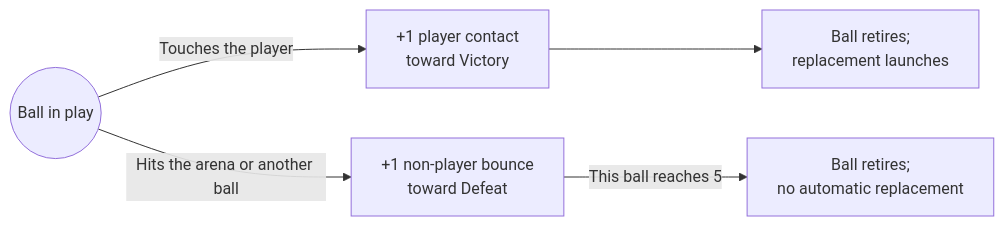
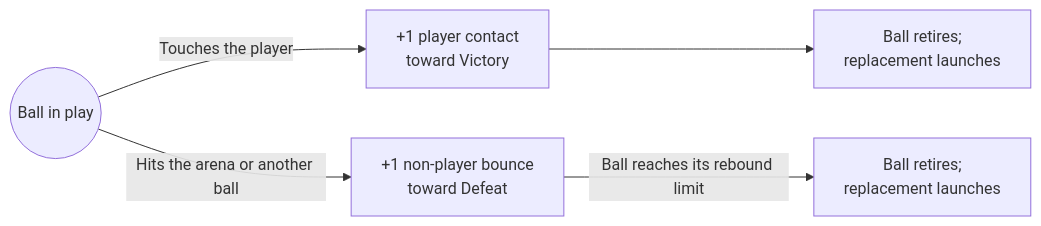
The first of 4 diagrams in README.md (chaotive/test_UE_584_G1_c), drawn with Mermaid before and after one commit. The commit also changed other lines of this file and 10 other files, not shown here.

````diff
--- a/README.md
+++ b/README.md
@@ -35,7 +35,7 @@
 ```mermaid
 flowchart LR
     Ball(("Ball in play")) -->|"Touches the player"| Contact["+1 player contact<br/>toward Victory"]
     Contact --> Replace["Ball retires;<br/>replacement launches"]
     Ball -->|"Hits the arena or another ball"| Bounce["+1 non-player bounce<br/>toward Defeat"]
-    Bounce -->|"This ball reaches 5"| Retire["Ball retires;<br/>no automatic replacement"]
+    Bounce -->|"Ball reaches its rebound limit"| Retire["Ball retires;<br/>replacement launches"]
 ```
````
